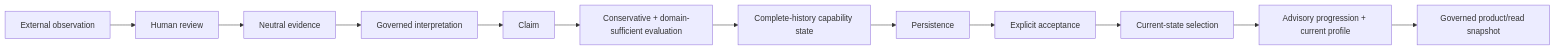
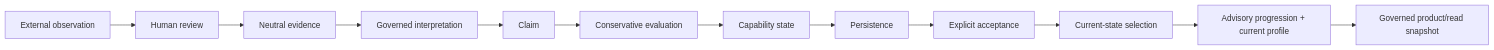
One commit to kymuco/capability_lab changed the diagram in README.md. Above: the diagram before and after it, drawn with Mermaid. The commit also changed other lines of this file and 5 other files, not shown here.

````diff
--- a/README.md
+++ b/README.md
@@ -61,14 +101,14 @@
 ```mermaid
 flowchart LR
     O["External observation"] --> H["Human review"]
     H --> E["Neutral evidence"]
     E --> I["Governed interpretation"]
     I --> C["Claim"]
-    C --> V["Conservative + domain-sufficient evaluation"]
-    V --> D["Complete-history capability state"]
+    C --> V["Conservative evaluation"]
+    V --> D["Capability state"]
     D --> P["Persistence"]
     P --> A["Explicit acceptance"]
     A --> S["Current-state selection"]
     S --> G["Advisory progression + current profile"]
     G --> R["Governed product/read snapshot"]
 ```
````
